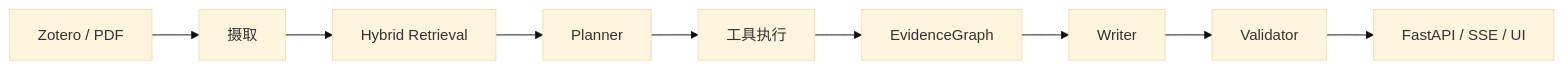
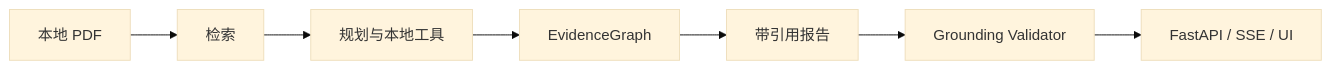
The diagram in README.zh-CN.md (jun346105-art/research-literature-workflow), drawn with Mermaid (base theme) before and after one commit. The commit also changed other lines of this file and 2 other files, not shown here.

````diff
--- a/README.zh-CN.md
+++ b/README.zh-CN.md
@@ -48,11 +69,9 @@
 ```mermaid
 flowchart LR
-  A[Zotero / PDF] --> B[摄取]
-  B --> C[Hybrid Retrieval]
-  C --> D[Planner]
-  D --> E[工具执行]
-  E --> F[EvidenceGraph]
-  F --> G[Writer]
-  G --> H[Validator]
-  H --> I[FastAPI / SSE / UI]
+  A[本地 PDF] --> B[检索]
+  B --> C[规划与本地工具]
+  C --> D[EvidenceGraph]
+  D --> E[带引用报告]
+  E --> F[Grounding Validator]
+  F --> G[FastAPI / SSE / UI]
 ```
````
